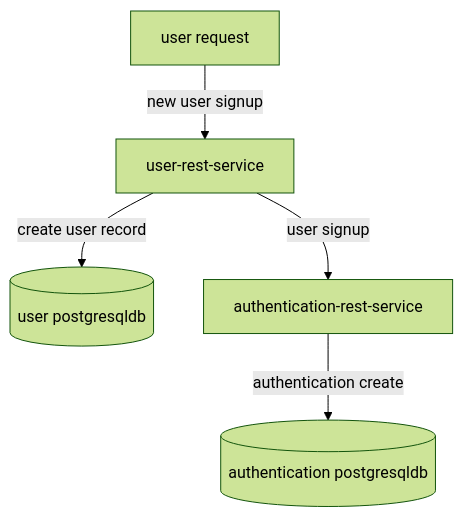
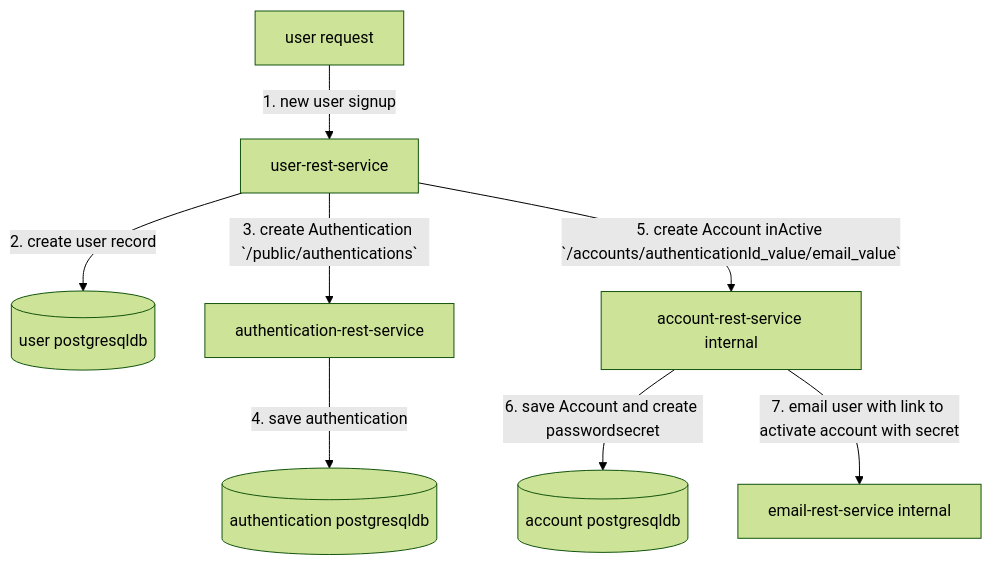
Before and after one commit to sonamsamdupkhangsar/sonamsamdupkhangsar.github.io: the second of 5 diagrams in README.md, drawn with Mermaid (forest theme). The commit also changed other lines of this file, not shown here.

First line of the commit message:
Feature/user creation flow aug82022 (#1)

````diff
--- a/README.md
+++ b/README.md
@@ -38,7 +38,10 @@
 ```mermaid
 flowchart TD
-    A[user request] --> |new user signup| B[user-rest-service]
-    B[user-rest-service] -->|create user record| E[(user postgresqldb)]
-    B[user-rest-service] -->|user signup| C[authentication-rest-service]
-    C -->|authentication create| D[(authentication postgresqldb)]       
+    UserRequest[user request] --> |1. new user signup| UserRestService[user-rest-service]
+    UserRestService -->|2. create user record| UserPgsqlDb[(user postgresqldb)]
+    UserRestService -->|3. create Authentication `/public/authentications` | AuthenticationRestService[authentication-rest-service]
+    AuthenticationRestService -->|4. save authentication| AuthenticationPgsqlDb[(authentication postgresqldb)]
+    UserRestService -->|5. create Account inActive `/accounts/authenticationId_value/email_value`| AccountRestService[account-rest-service internal]
+    AccountRestService -->|6. save Account and create passwordsecret| AccountPgsqlDb[(account postgresqldb)]
+    AccountRestService --> |7. email user with link to activate account with secret| EmailRestService[email-rest-service internal]    
 ```
````
